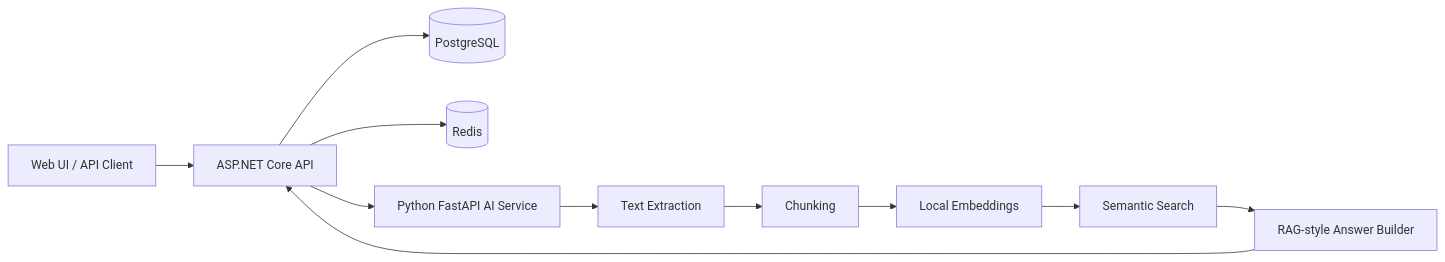
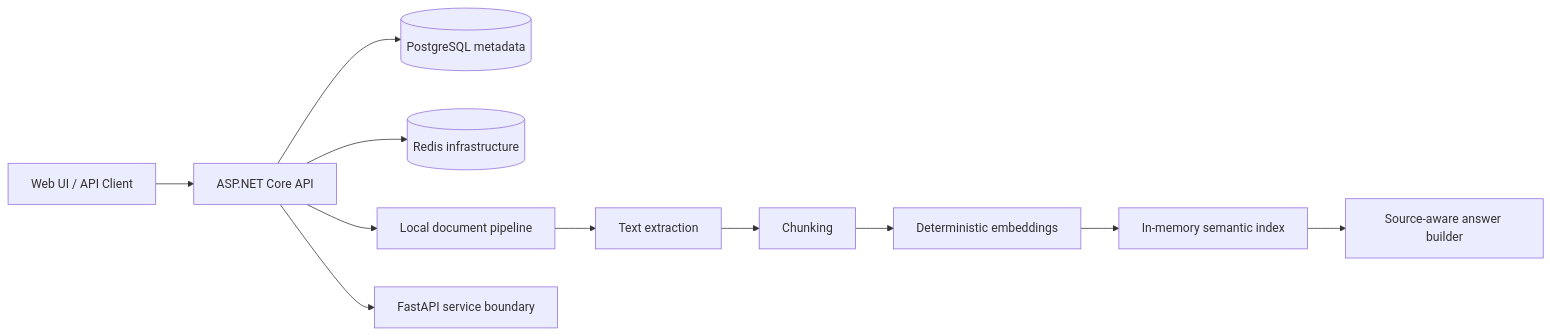
Before and after one commit to mahdiaghtaee/enterprise-ai-document-assistant: the diagram in README.md, drawn with Mermaid. The commit also changed other lines of this file and 14 other files, not shown here.

````diff
--- a/README.md
+++ b/README.md
@@ -65,13 +79,13 @@
 ```mermaid
 flowchart LR
     U[Web UI / API Client] --> A[ASP.NET Core API]
-    A --> P[(PostgreSQL)]
-    A --> R[(Redis)]
-    A --> F[Python FastAPI AI Service]
-    F --> X[Text Extraction]
+    A --> P[(PostgreSQL metadata)]
+    A --> R[(Redis infrastructure)]
+    A --> L[Local document pipeline]
+    L --> X[Text extraction]
     X --> C[Chunking]
-    C --> E[Local Embeddings]
-    E --> S[Semantic Search]
-    S --> Q[RAG-style Answer Builder]
-    Q --> A
+    C --> E[Deterministic embeddings]
+    E --> S[In-memory semantic index]
+    S --> Q[Source-aware answer builder]
+    A --> F[FastAPI service boundary]
 ```
````
